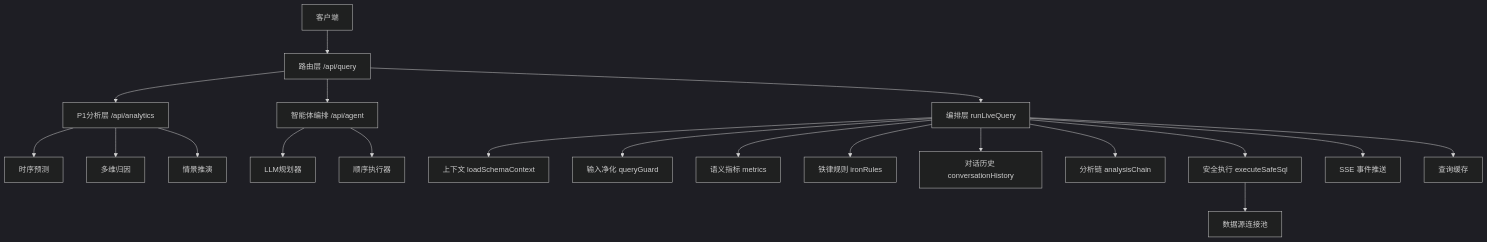
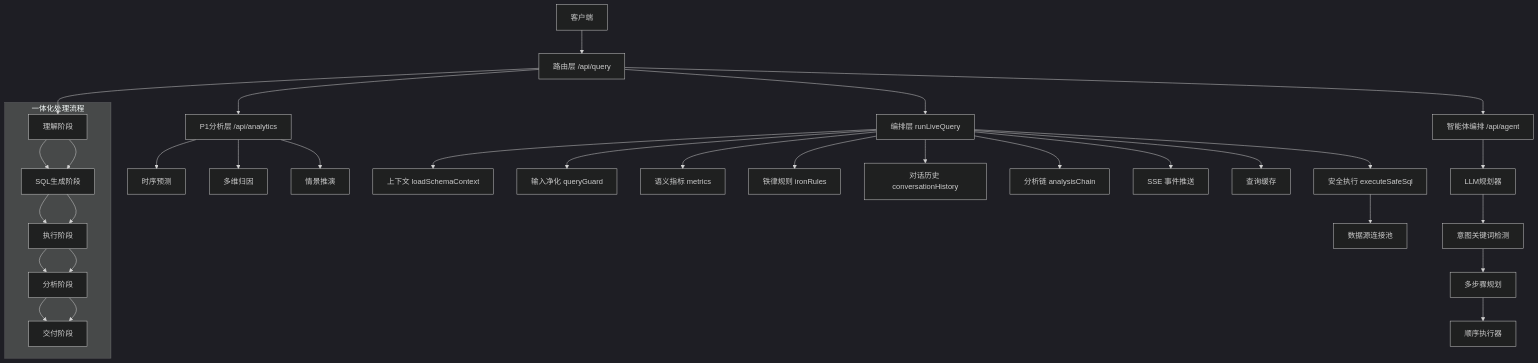
The first of 10 diagrams in .qoder/repowiki/zh/content/后端服务/核心业务模块/查询处理引擎/查询处理引擎.md (dgjin/smart-data-analytics), drawn with Mermaid (dark theme) before and after one commit. The commit also changed other lines of this file and 146 other files, not shown here.

````diff
--- a/.qoder/repowiki/zh/content/后端服务/核心业务模块/查询处理引擎/查询处理引擎.md
+++ b/.qoder/repowiki/zh/content/后端服务/核心业务模块/查询处理引擎/查询处理引擎.md
@@ -58,22 +60,35 @@
 ```mermaid
 graph TB
 Client["客户端"] --> Route["路由层 /api/query"]
 Route --> Live["编排层 runLiveQuery"]
 Route --> Analytics["P1分析层 /api/analytics"]
 Route --> Agent["智能体编排 /api/agent"]
 Analytics --> Forecast["时序预测"]
 Analytics --> Attribution["多维归因"]
 Analytics --> WhatIf["情景推演"]
 Agent --> Planner["LLM规划器"]
-Agent --> Executor["顺序执行器"]
+Planner --> IntentDetection["意图关键词检测"]
+IntentDetection --> Planning["多步骤规划"]
+Planning --> Executor["顺序执行器"]
 Live --> SchemaCtx["上下文 loadSchemaContext"]
 Live --> Guard["输入净化 queryGuard"]
 Live --> Metrics["语义指标 metrics"]
 Live --> Iron["铁律规则 ironRules"]
 Live --> Conv["对话历史 conversationHistory"]
 Live --> Chain["分析链 analysisChain"]
 Live --> Exec["安全执行 executeSafeSql"]
 Exec --> DS["数据源连接池"]
 Live --> SSE["SSE 事件推送"]
 Live --> Cache["查询缓存"]
+subgraph "一体化处理流程"
+Understanding["理解阶段"] --> Generation["SQL生成阶段"]
+Generation --> Execution["执行阶段"]
+Execution --> Analysis["分析阶段"]
+Analysis --> Delivery["交付阶段"]
+end
+Route --> Understanding
+Understanding --> Generation
+Generation --> Execution
+Execution --> Analysis
+Analysis --> Delivery
 ```
````
